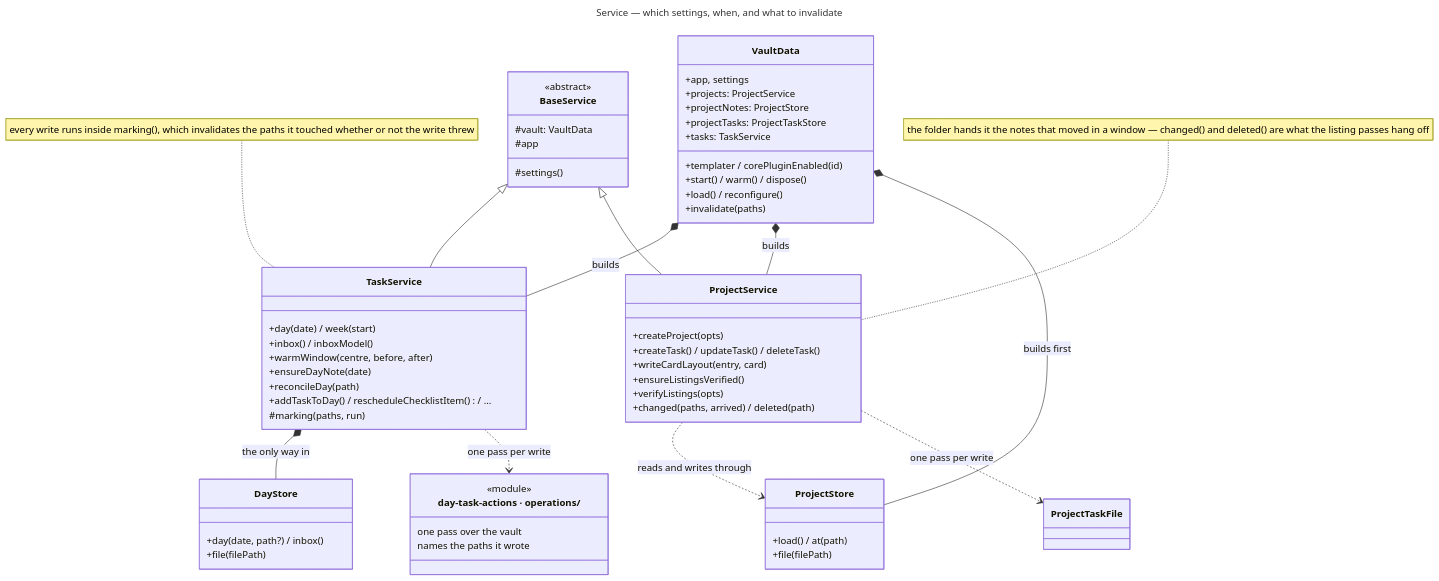
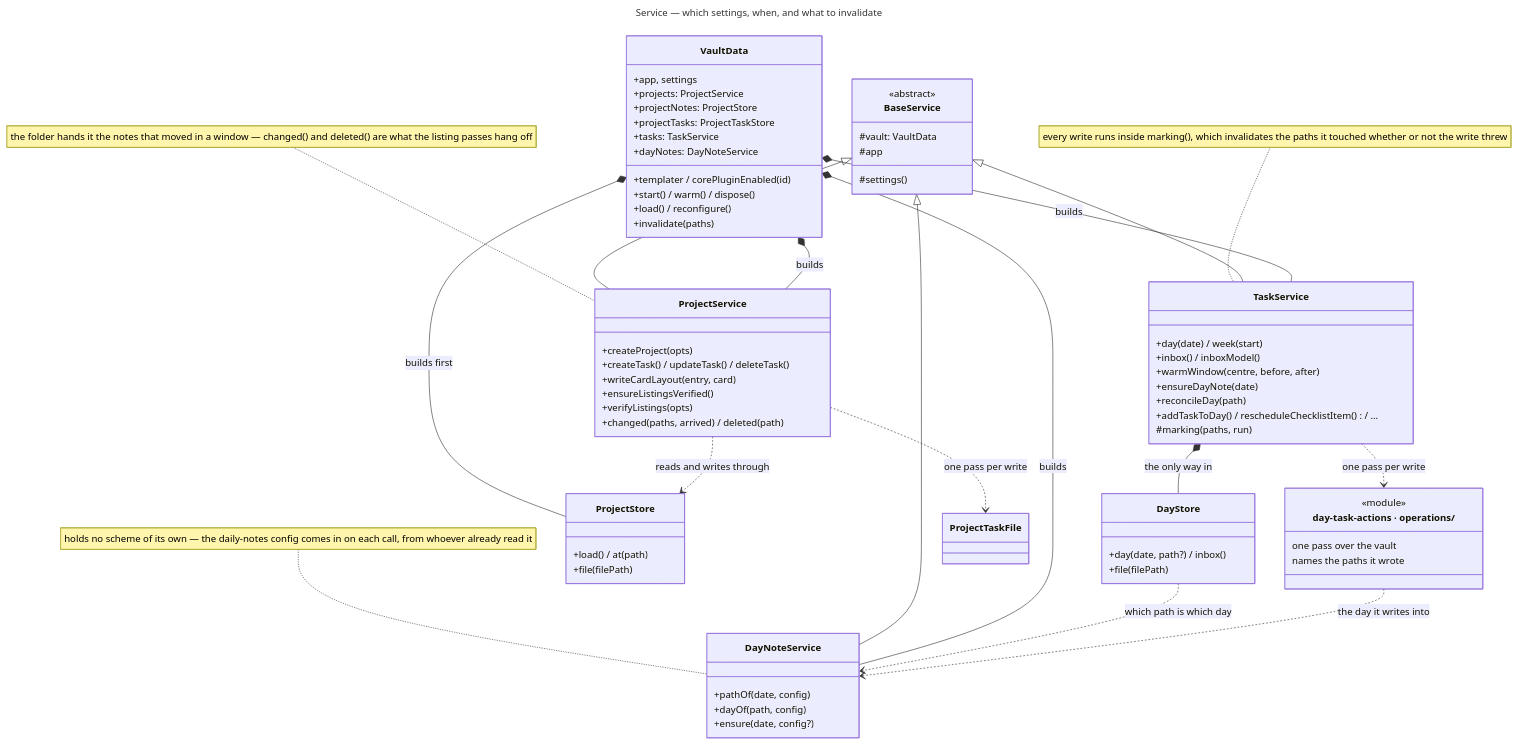
Before and after one commit to Laurent-Ferier/pm-compass: the sixth of 9 diagrams in docs/technical/data-model.md, drawn with Mermaid. The commit also changed other lines of this file and 29 other files, not shown here.

First line of the commit message:
refactor: where a day's note lives is the vault's to say

````diff
--- a/docs/technical/data-model.md
+++ b/docs/technical/data-model.md
@@ -668,6 +671,7 @@
     +projectNotes: ProjectStore
     +projectTasks: ProjectTaskStore
     +tasks: TaskService
+    +dayNotes: DayNoteService
     +start() / warm() / dispose()
     +load() / reconfigure()
     +invalidate(paths)
@@ -699,6 +703,12 @@
     +changed(paths, arrived) / deleted(path)
   }
 
+  class DayNoteService {
+    +pathOf(date, config)
+    +dayOf(path, config)
+    +ensure(date, config?)
+  }
+
   class DayStore {
     +day(date, path?) / inbox()
     +file(filePath)
@@ -717,14 +727,19 @@
 
   BaseService <|-- TaskService
   BaseService <|-- ProjectService
+  BaseService <|-- DayNoteService
   VaultData *-- TaskService : builds
   VaultData *-- ProjectService : builds
+  VaultData *-- DayNoteService : builds
   VaultData *-- ProjectStore : builds first
   TaskService *-- DayStore : the only way in
   ProjectService ..> ProjectStore : reads and writes through
   TaskService ..> dayTaskActions : one pass per write
   ProjectService ..> ProjectTaskFile : one pass per write
+  DayStore ..> DayNoteService : which path is which day
+  dayTaskActions ..> DayNoteService : the day it writes into
 
+  note for DayNoteService "holds no scheme of its own — the daily-notes config comes in on each call, from whoever already read it"
   note for ProjectService "the folder hands it the notes that moved in a window — changed() and deleted() are what the listing passes hang off"
   note for TaskService "every write runs inside marking(), which invalidates the paths it touched whether or not the write threw"
 ```
````
